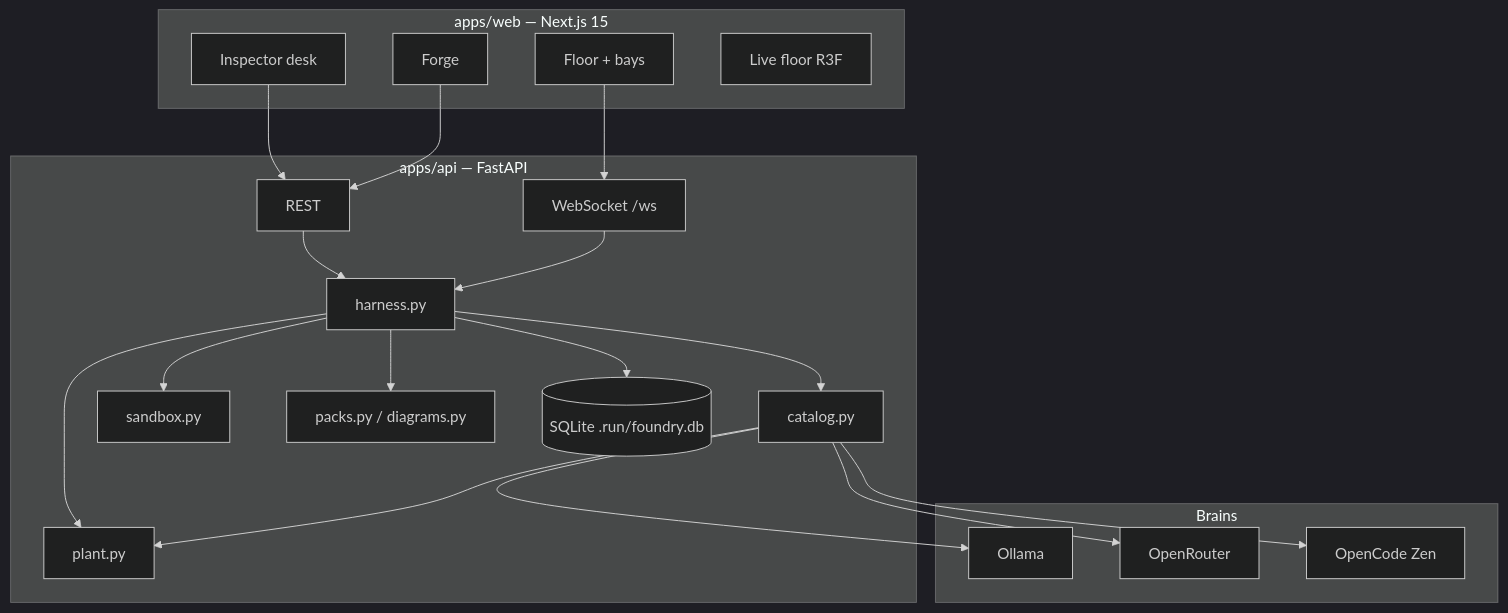
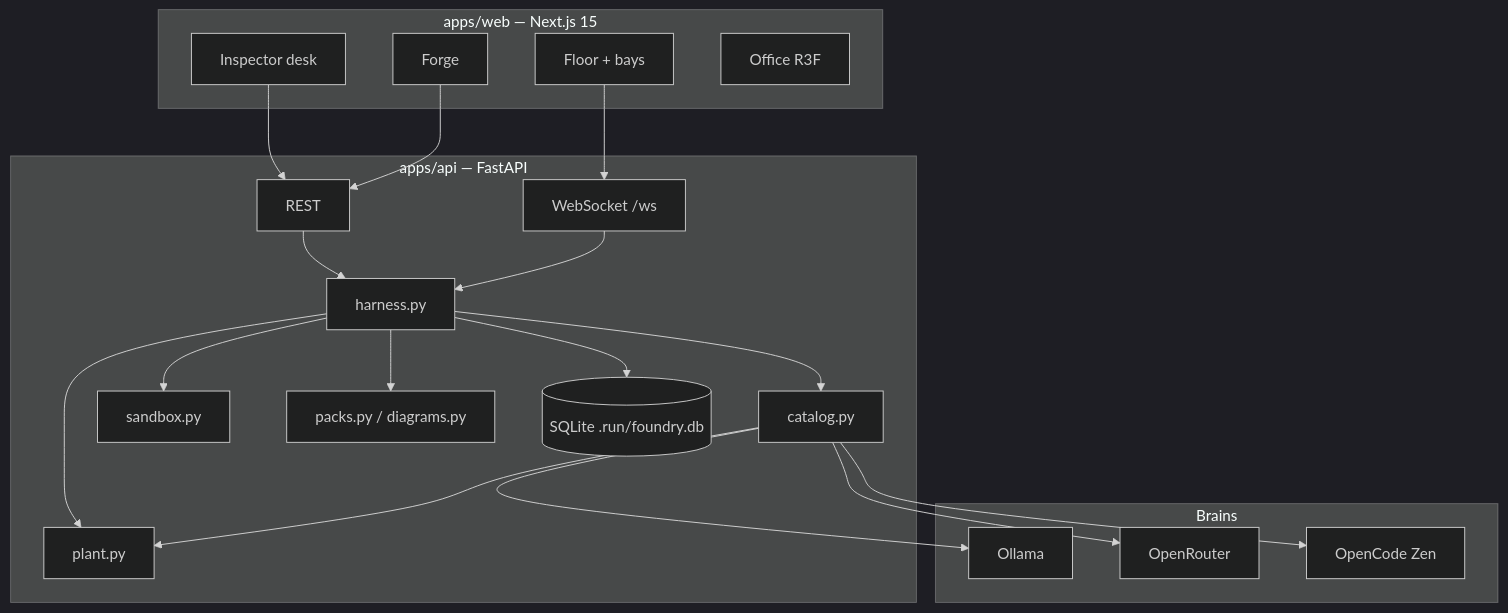
The second of 2 diagrams in README.md (YoussiefKhalifa2003/AgentFactory), drawn with Mermaid (dark theme) before and after one commit. The commit also changed other lines of this file, not shown here.

Commit message:
Document Phone, Office, Done, and the new desk skills in the README.

````diff
--- a/README.md
+++ b/README.md
@@ -191,38 +198,38 @@
 ```mermaid
 flowchart TB
   subgraph ui [apps/web — Next.js 15]
     Floor[Floor + bays]
     Desk[Inspector desk]
     Forge[Forge]
-    Stage[Live floor R3F]
+    Stage[Office R3F]
   end
   subgraph api [apps/api — FastAPI]
     HTTP[REST]
     WS[WebSocket /ws]
     Harness[harness.py]
     Catalog[catalog.py]
     Plant[plant.py]
     Sandbox[sandbox.py]
     Packs[packs.py / diagrams.py]
     DB[(SQLite .run/foundry.db)]
   end
   subgraph brains [Brains]
     Ollama[Ollama]
     OR[OpenRouter]
     Zen[OpenCode Zen]
   end
   Floor --> WS
   Desk --> HTTP
   Forge --> HTTP
   HTTP --> Harness
   WS --> Harness
   Harness --> Catalog
   Harness --> Plant
   Catalog --> Plant
   Harness --> Sandbox
   Harness --> Packs
   Harness --> DB
   Catalog --> Ollama
   Catalog --> OR
   Catalog --> Zen
 ```
````
